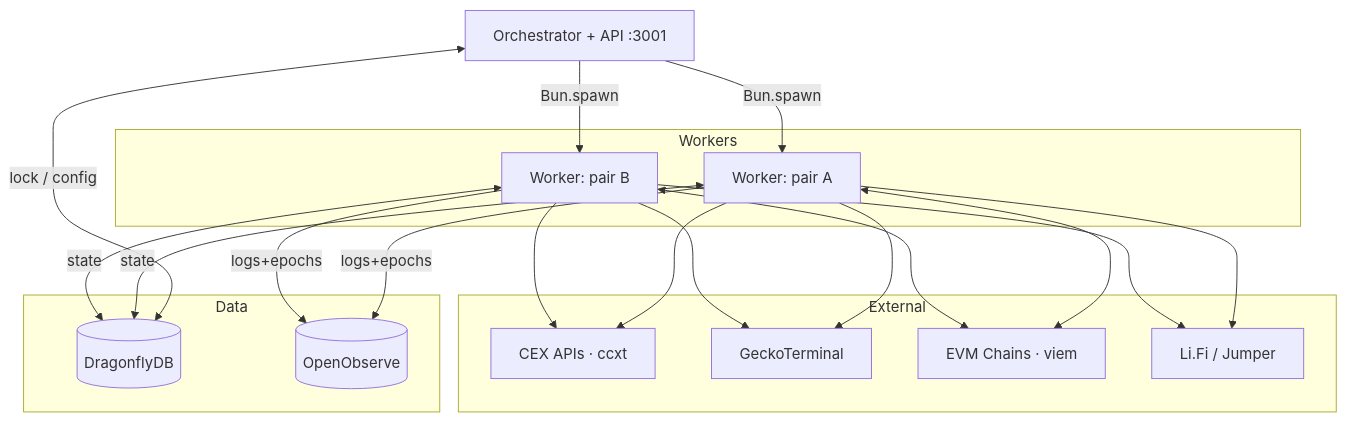
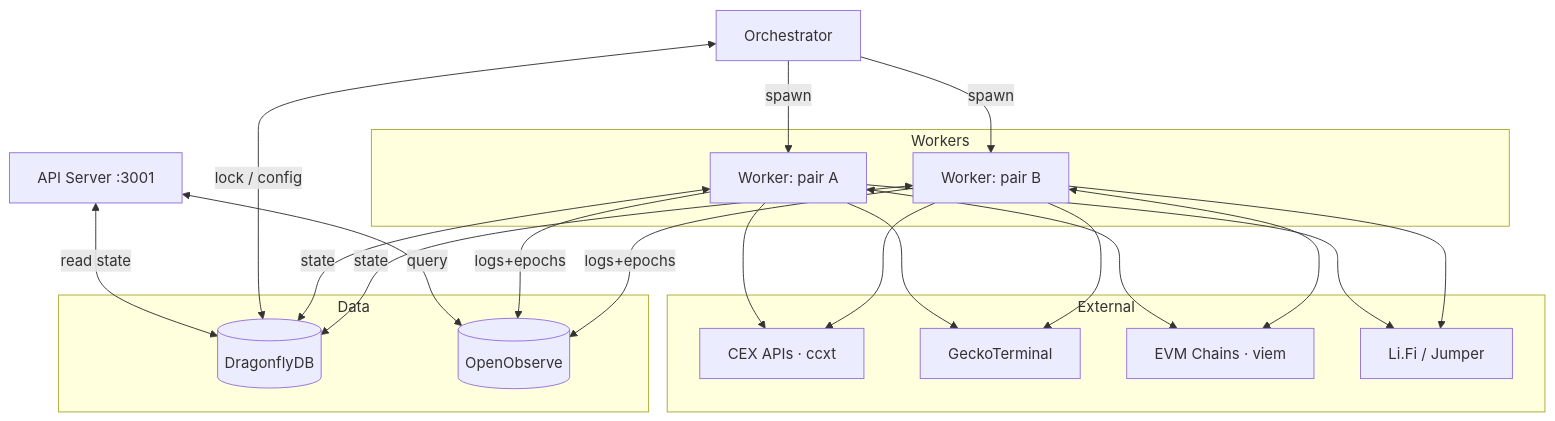
Before and after one commit to btr-supply/light-alm: the first of 2 diagrams in docs/architecture.md, drawn with Mermaid. The commit also changed other lines of this file and 16 other files, not shown here.

````diff
--- a/docs/architecture.md
+++ b/docs/architecture.md
@@ -5,27 +5,29 @@
 ```mermaid
 graph TD
-    O[Orchestrator + API :3001] -->|Bun.spawn| W1 & W2
+    API[API Server :3001] <-->|read state| DF
+    API <-->|query| O2
+    O[Orchestrator] -->|spawn| W1 & W2
 
     subgraph Workers
         W1[Worker: pair A]
         W2[Worker: pair B]
     end
 
     subgraph Data
         DF[(DragonflyDB)]
         O2[(OpenObserve)]
     end
 
     subgraph External
         CEX[CEX APIs · ccxt]
         GECKO[GeckoTerminal]
         CHAINS[EVM Chains · viem]
         BRIDGE[Li.Fi / Jumper]
     end
 
     O <-->|lock / config| DF
     W1 & W2 <-->|state| DF
     W1 & W2 -->|logs+epochs| O2
     W1 & W2 <--> CHAINS
     W1 & W2 --> CEX & GECKO & BRIDGE
 ```
````
